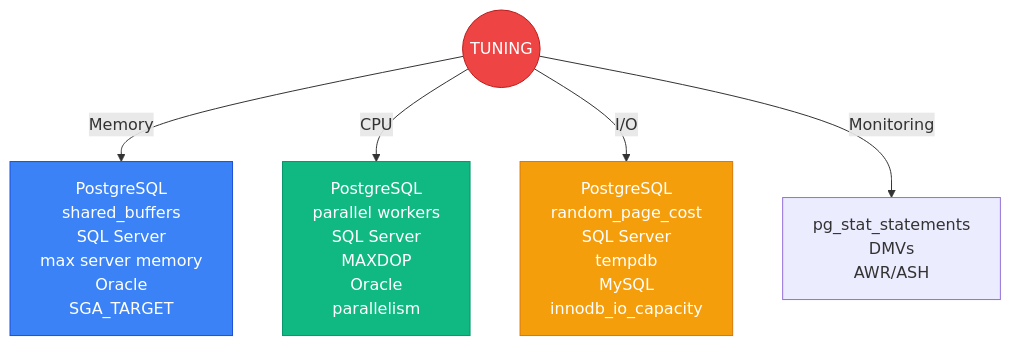
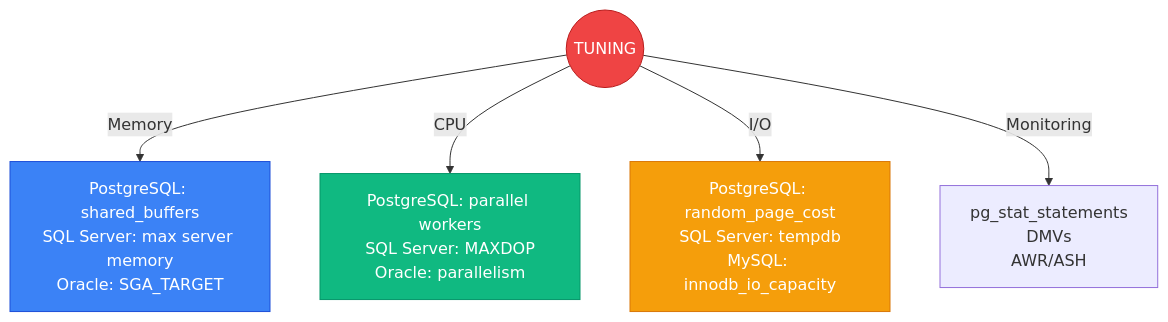
Before and after one commit to rraulherediaa/PracticasEstructurasDatos: the third of 12 diagrams in diagramas.md, drawn with Mermaid. The commit also changed other lines of this file and 1 other file, not shown here.

Commit message:
fix: corregir errores léxicos en diagramas Mermaid y estandarizar sintaxis

````diff
--- a/diagramas.md
+++ b/diagramas.md
@@ -67,14 +60,18 @@
 ```mermaid
 flowchart TD
+    Tuning(("TUNING"))
+    
+    Tuning -->|Memory| MEM["PostgreSQL: shared_buffers<br/>SQL Server: max server memory<br/>Oracle: SGA_TARGET"]
+    Tuning -->|CPU| CPU["PostgreSQL: parallel workers<br/>SQL Server: MAXDOP<br/>Oracle: parallelism"]
+    Tuning -->|I/O| IO["PostgreSQL: random_page_cost<br/>SQL Server: tempdb<br/>MySQL: innodb_io_capacity"]
+    Tuning -->|Monitoring| MON["pg_stat_statements<br/>DMVs<br/>AWR/ASH"]
+
     classDef core fill:#ef4444,color:#fff,stroke:#b91c1c
     classDef memory fill:#3b82f6,color:#fff,stroke:#1d4ed8
     classDef cpu fill:#10b981,color:#fff,stroke:#059669
     classDef io fill:#f59e0b,color:#fff,stroke:#d97706
-    
-    Tuning(("TUNING")):::core
-    
-    Tuning -->|Memory| MEM[PostgreSQL<br/>shared_buffers<br/>SQL Server<br/>max server memory<br/>Oracle<br/>SGA_TARGET]:::memory
-    Tuning -->|CPU| CPU[PostgreSQL<br/>parallel workers<br/>SQL Server<br/>MAXDOP<br/>Oracle<br/>parallelism]:::cpu
-    Tuning -->|I/O| IO[PostgreSQL<br/>random_page_cost<br/>SQL Server<br/>tempdb<br/>MySQL<br/>innodb_io_capacity]:::io
-    Tuning -->|Monitoring| MON[pg_stat_statements<br/>DMVs<br/>AWR/ASH]
+    class Tuning core
+    class MEM memory
+    class CPU cpu
+    class IO io
 ```
````
